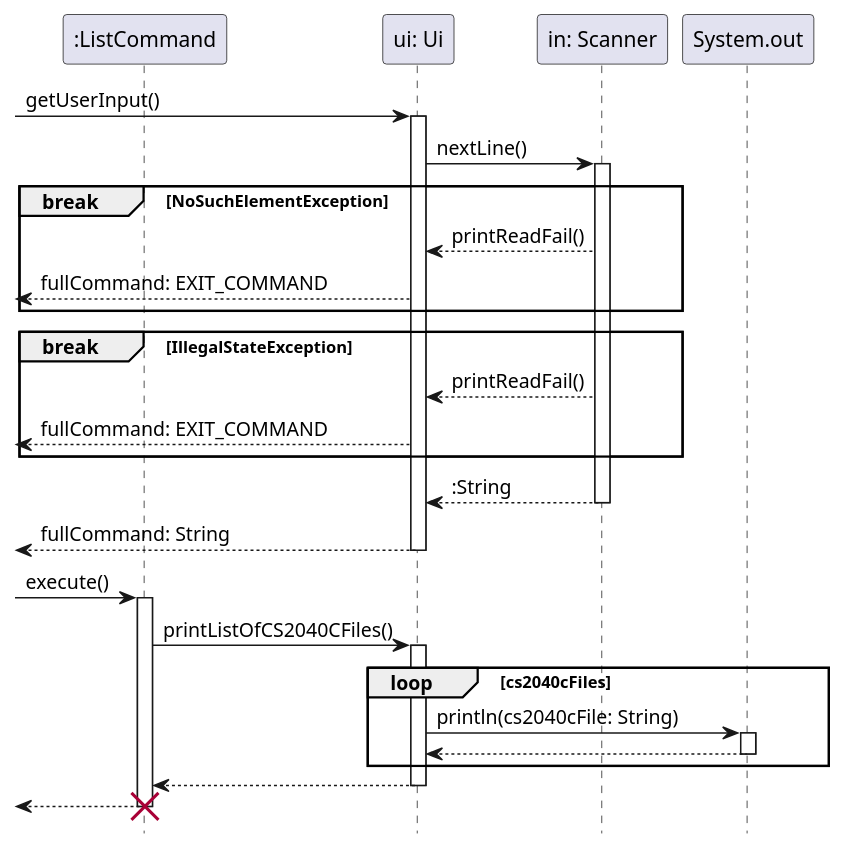
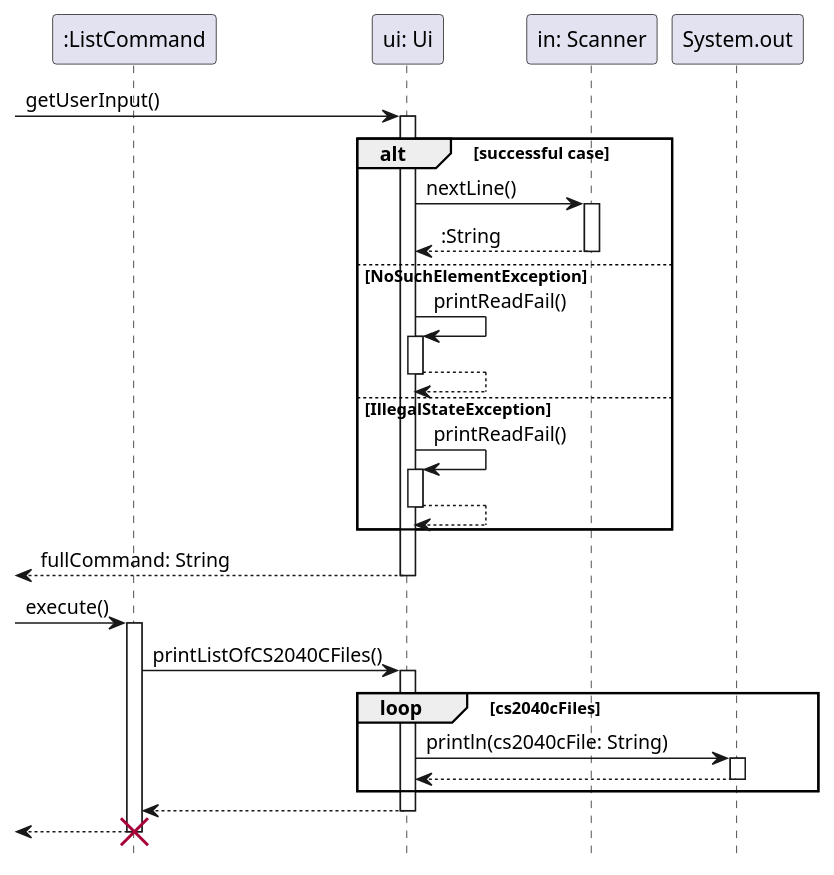
One commit to ong-ck/tp changed the diagram in docs/sequence-diagrams/source-files/Ui.puml. Above: the diagram before and after it, drawn with PlantUML. The commit also changed 1 other file, not shown here.

Commit message:
Refactor break to alt in Ui sequence diagram

```diff
--- a/docs/sequence-diagrams/source-files/Ui.puml
+++ b/docs/sequence-diagrams/source-files/Ui.puml
@@ -1,41 +1,40 @@
 @startuml
 hide footbox
 
 participant ":ListCommand" as ListCommand
 participant "ui: Ui" as Ui
 participant "in: Scanner" as Scanner
 participant "System.out" as System
 
 -> Ui: getUserInput()
 activate Ui
+alt successful case
     Ui -> Scanner: nextLine()
     activate Scanner
-
-    break NoSuchElementException
-    Ui <-- Scanner : printReadFail()
-    <-- Ui : fullCommand: EXIT_COMMAND
-    end
-
-    break IllegalStateException
-    Ui <-- Scanner : printReadFail()
-    <-- Ui : fullCommand: EXIT_COMMAND
-    end
-
     return :String
+else NoSuchElementException
+    Ui -> Ui : printReadFail()
+    activate Ui
+    return
+else IllegalStateException
+    Ui -> Ui : printReadFail()
+    activate Ui
+    return
+end
 return fullCommand: String
 
 -> ListCommand: execute()
 activate ListCommand
     ListCommand -> Ui: printListOfCS2040CFiles()
     activate Ui
         loop cs2040cFiles
             Ui -> System: println(cs2040cFile: String)
             activate System
             return
         end
     return
 return
 
 destroy ListCommand
 
 @enduml
```
